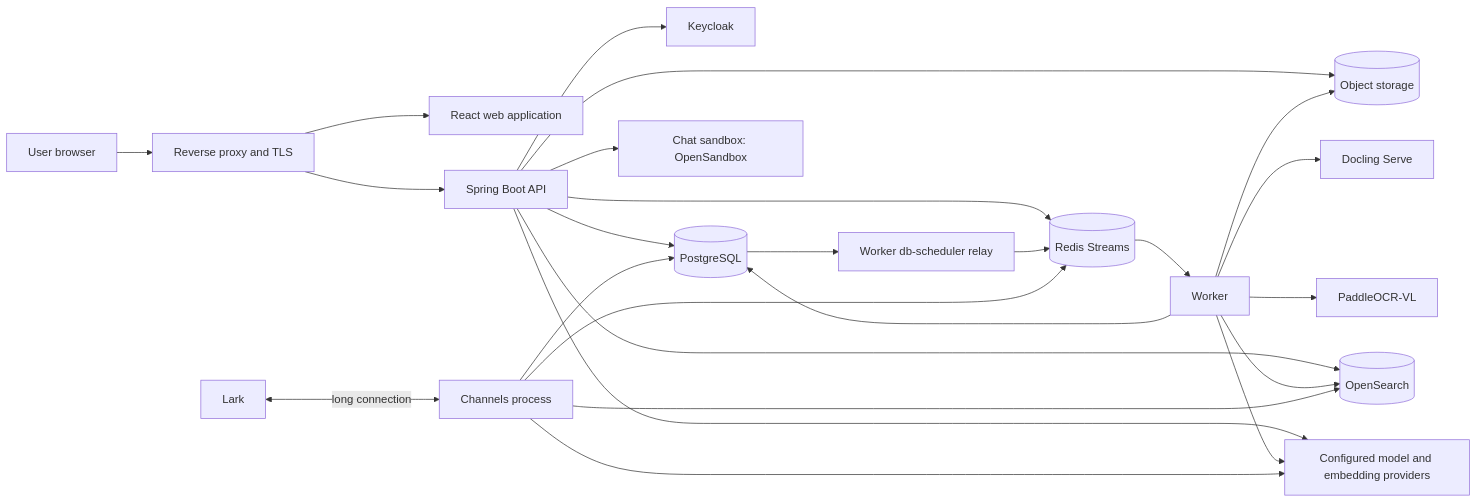
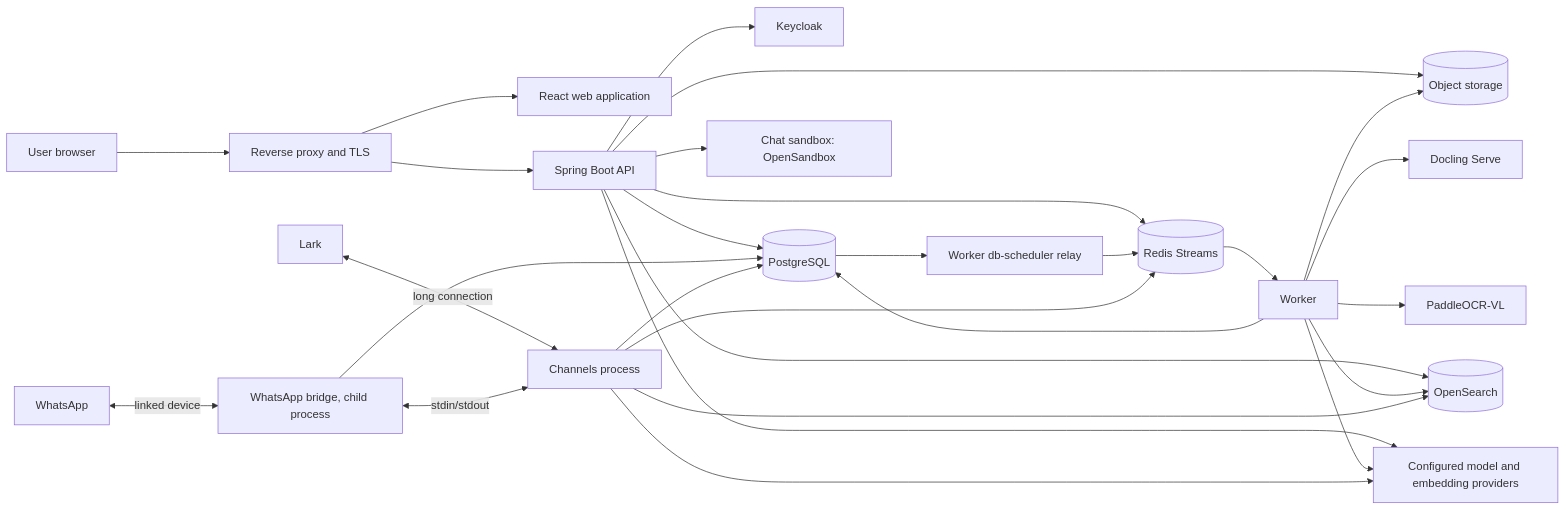
One commit to kl3inIT/MemoryOS changed the first of 6 diagrams in ARCHITECTURE.md. Above: the diagram before and after it, drawn with Mermaid. The commit also changed other lines of this file and 7 other files, not shown here.

Commit message:
docs(mem-283): the WhatsApp adapter, bot leases, ADR 0031 and the runbook

````diff
--- a/ARCHITECTURE.md
+++ b/ARCHITECTURE.md
@@ -9,30 +9,33 @@
 ```mermaid
 flowchart LR
     U[User browser] --> RP[Reverse proxy and TLS]
     RP --> WEB[React web application]
     RP --> API[Spring Boot API]
 
     API --> KC[Keycloak]
     API --> PG[(PostgreSQL)]
     API --> S3[(Object storage)]
     API --> OS[(OpenSearch)]
     API --> LLM[Configured model and embedding providers]
     API --> RS[(Redis Streams)]
     API --> SANDBOX[Chat sandbox: OpenSandbox]
 
     PG --> RELAY[Worker db-scheduler relay]
     RELAY --> RS
     RS --> WORKER[Worker]
     WORKER --> PG
     WORKER --> S3
     WORKER --> DOC[Docling Serve]
     WORKER --> PVL[PaddleOCR-VL]
     WORKER --> OS
     WORKER --> LLM
 
     LARK[Lark] <-->|long connection| CH[Channels process]
+    WA[WhatsApp] <-->|linked device| WAB[WhatsApp bridge, child process]
+    WAB <-->|stdin/stdout| CH
+    WAB --> PG
     CH --> PG
     CH --> RS
     CH --> OS
     CH --> LLM
 ```
````
